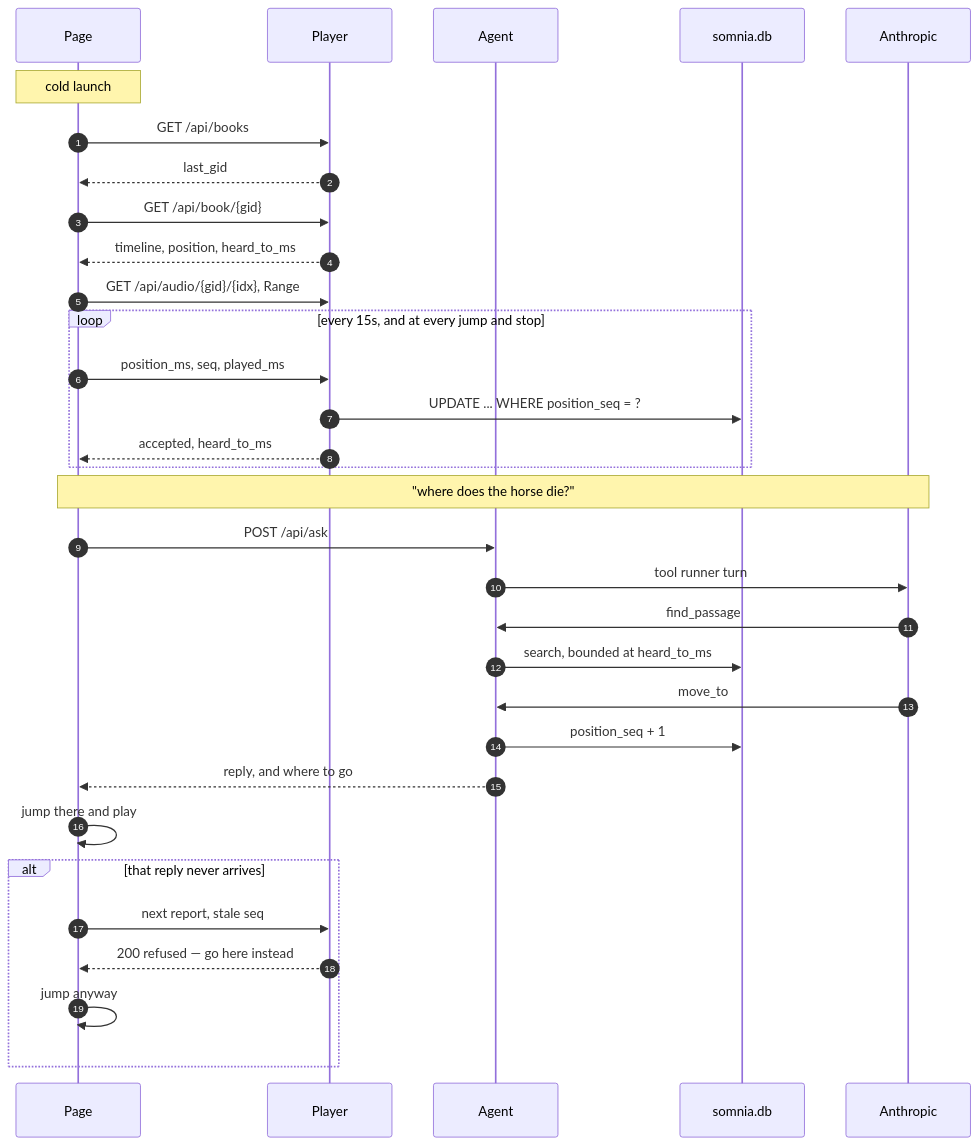
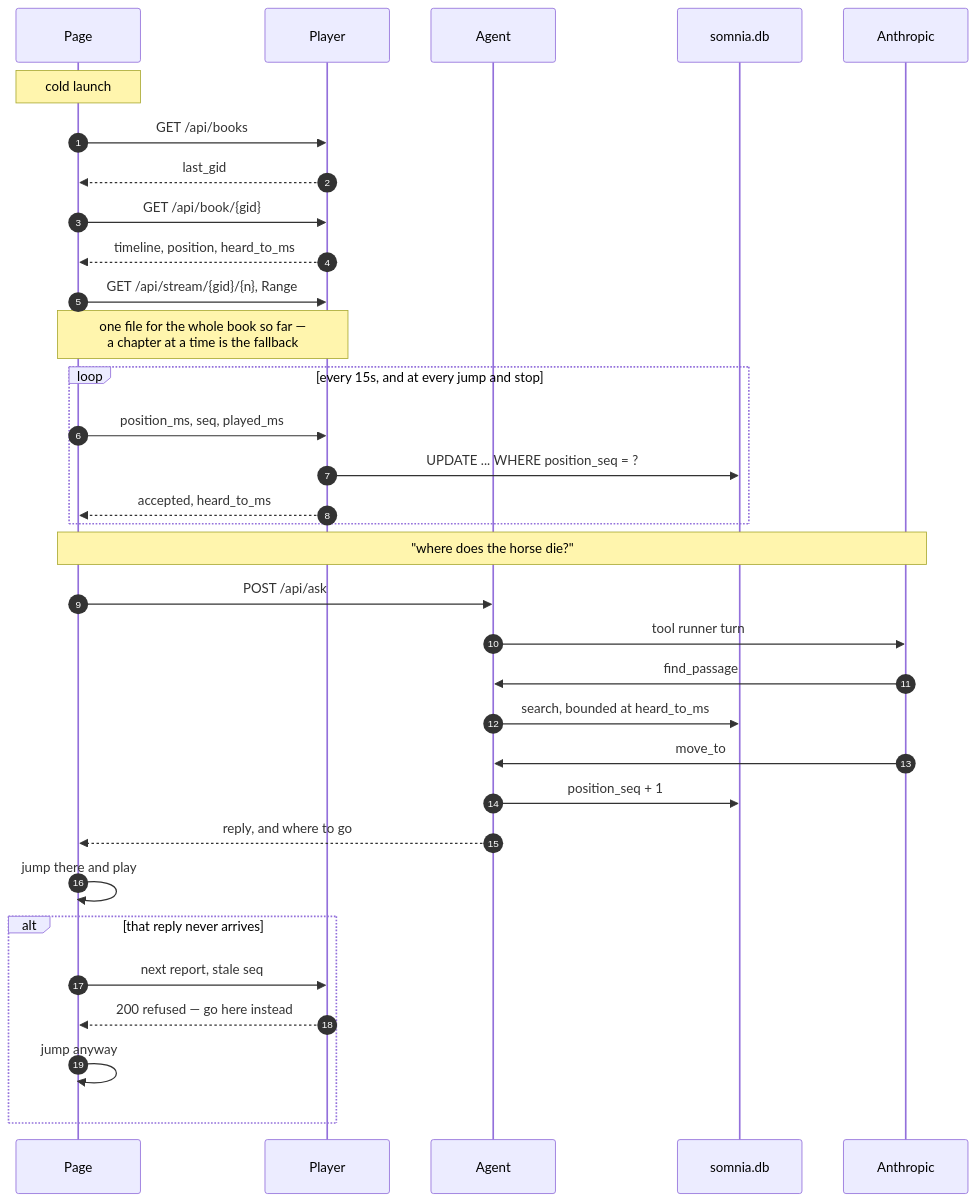
Before and after one commit to gilesknap/somnia: the fourth of 5 diagrams in docs/explanations/architecture.md, drawn with Mermaid. The commit also changed other lines of this file, not shown here.

````diff
--- a/docs/explanations/architecture.md
+++ b/docs/explanations/architecture.md
@@ -276,38 +272,39 @@
 ```mermaid
 sequenceDiagram
   autonumber
   participant P as Page
   participant PL as Player
   participant AG as Agent
   participant DB as somnia.db
   participant AN as Anthropic
 
   Note over P: cold launch
   P->>PL: GET /api/books
   PL-->>P: last_gid
   P->>PL: GET /api/book/{gid}
   PL-->>P: timeline, position, heard_to_ms
-  P->>PL: GET /api/audio/{gid}/{idx}, Range
+  P->>PL: GET /api/stream/{gid}/{n}, Range
+  Note over P,PL: one file for the whole book so far —<br>a chapter at a time is the fallback
 
   loop every 15s, and at every jump and stop
     P->>PL: position_ms, seq, played_ms
     PL->>DB: UPDATE ... WHERE position_seq = ?
     PL-->>P: accepted, heard_to_ms
   end
 
   Note over P,AN: "where does the horse die?"
   P->>AG: POST /api/ask
   AG->>AN: tool runner turn
   AN->>AG: find_passage
   AG->>DB: search, bounded at heard_to_ms
   AN->>AG: move_to
   AG->>DB: position_seq + 1
   AG-->>P: reply, and where to go
   P->>P: jump there and play
 
   alt that reply never arrives
     P->>PL: next report, stale seq
     PL-->>P: 200 refused — go here instead
     P->>P: jump anyway
   end
 ```
````
